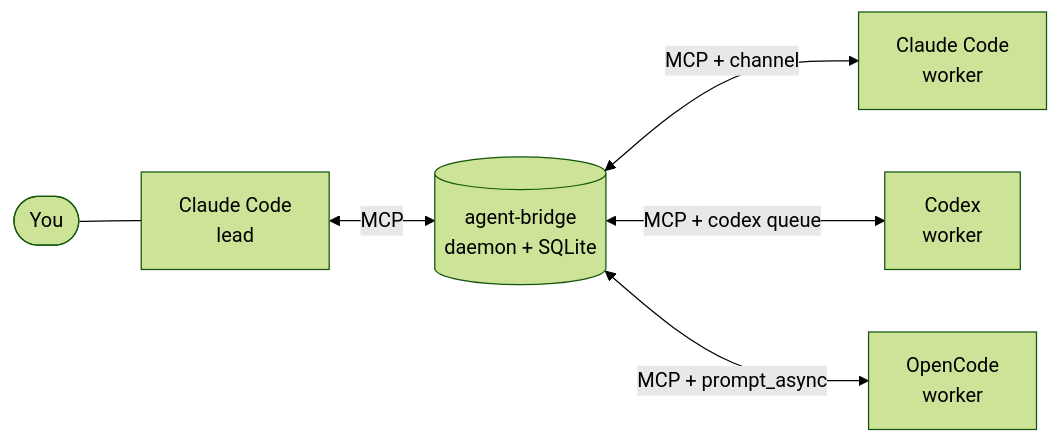
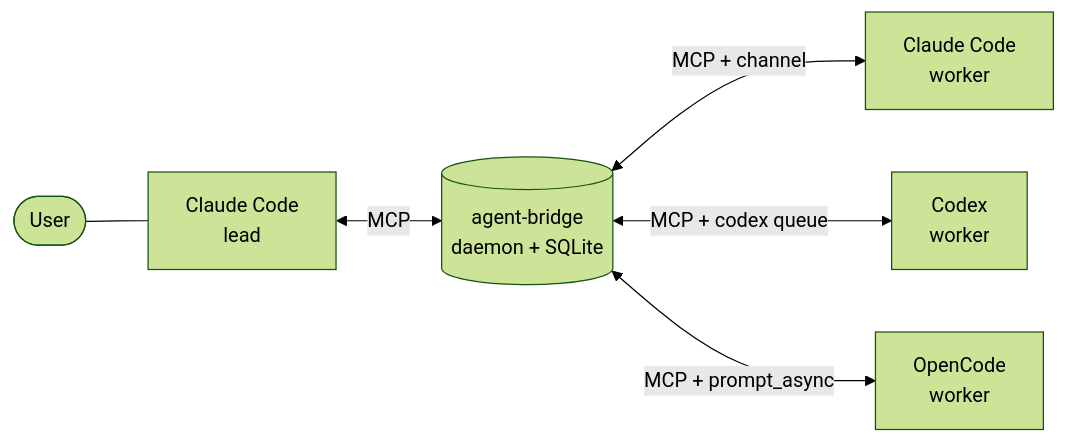
The diagram in README.md (ruipedro-pinheiro/InBand), drawn with Mermaid (forest theme) before and after one commit. The commit also changed other lines of this file, not shown here.

````diff
--- a/README.md
+++ b/README.md
@@ -13,8 +21,8 @@
 ```mermaid
 flowchart LR
-    user([You]) --- lead["Claude Code<br/>lead"]
+    user([User]) --- lead["Claude Code<br/>lead"]
     lead <-->|MCP| daemon[("agent-bridge<br/>daemon + SQLite")]
     daemon <-->|MCP + channel| w1["Claude Code<br/>worker"]
     daemon <-->|MCP + codex queue| w2["Codex<br/>worker"]
     daemon <-->|MCP + prompt_async| w3["OpenCode<br/>worker"]
 ```
````
